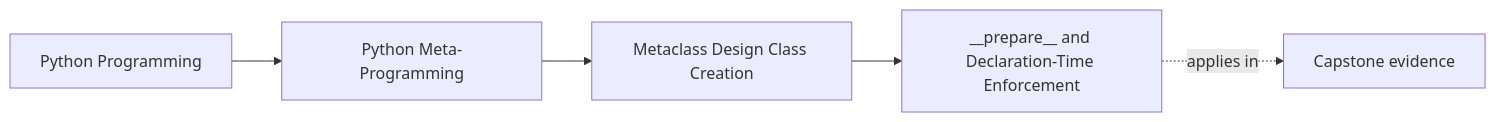
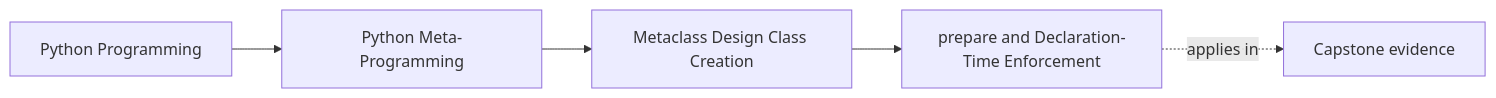
The first of 2 diagrams in programs/python-programming/python-meta-programming/course-book/module-09-metaclass-design-class-creation/prepare-and-declaration-time-enforcement.md (bijux/bijux-masterclass), drawn with Mermaid before and after one commit. The commit also changed other lines of this file, not shown here.

Commit message:
docs(module-09): preserve declaration time evidence

````diff
--- a/programs/python-programming/python-meta-programming/course-book/module-09-metaclass-design-class-creation/prepare-and-declaration-time-enforcement.md
+++ b/programs/python-programming/python-meta-programming/course-book/module-09-metaclass-design-class-creation/prepare-and-declaration-time-enforcement.md
@@ -7,11 +6,11 @@
 ```mermaid
 graph LR
   family["Python Programming"]
   program["Python Meta-Programming"]
   section["Metaclass Design Class Creation"]
-  page["__prepare__ and Declaration-Time Enforcement"]
+  page["prepare and Declaration-Time Enforcement"]
   capstone["Capstone evidence"]
 
   family --> program --> section --> page
   page -.applies in.-> capstone
 ```
````
